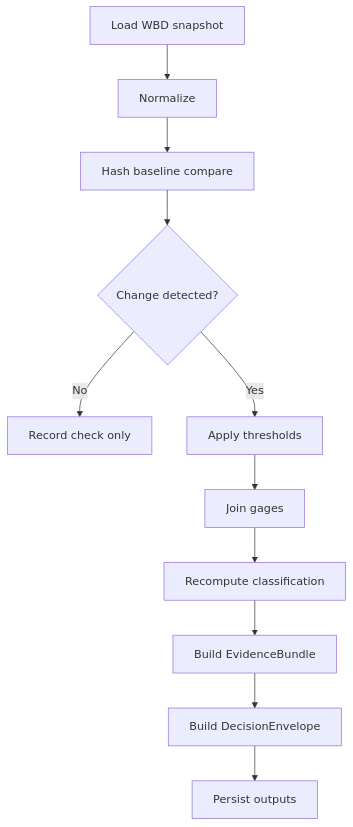
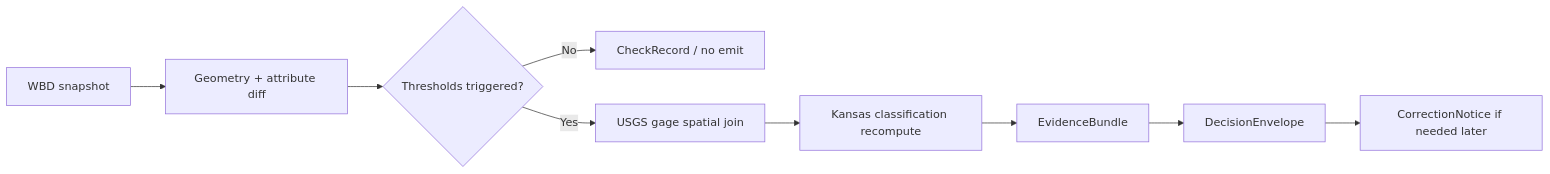
The diagram in pipelines/wbd-huc12-watcher/README.md (bartytime4life/Kansas-Frontier-Matrix), drawn with Mermaid before and after one commit. The commit also changed other lines of this file, not shown here.

First line of the commit message:
Revise README for WBD HUC-12 Watcher Pipeline

````diff
--- a/pipelines/wbd-huc12-watcher/README.md
+++ b/pipelines/wbd-huc12-watcher/README.md
@@ -132,13 +181,11 @@
 ```mermaid
-flowchart TD
-    A[Load WBD snapshot] --> B[Normalize]
-    B --> C[Hash baseline compare]
-    C --> D{Change detected?}
-    D -- No --> E[Record check only]
-    D -- Yes --> F[Apply thresholds]
-    F --> G[Join gages]
-    G --> H[Recompute classification]
-    H --> I[Build EvidenceBundle]
-    I --> J[Build DecisionEnvelope]
-    J --> K[Persist outputs]
+flowchart LR
+    A[WBD snapshot] --> B[Geometry + attribute diff]
+    B --> C{Thresholds triggered?}
+    C -- No --> D[CheckRecord / no emit]
+    C -- Yes --> E[USGS gage spatial join]
+    E --> F[Kansas classification recompute]
+    F --> G[EvidenceBundle]
+    G --> H[DecisionEnvelope]
+    H --> I[CorrectionNotice if needed later]
 ```
````
